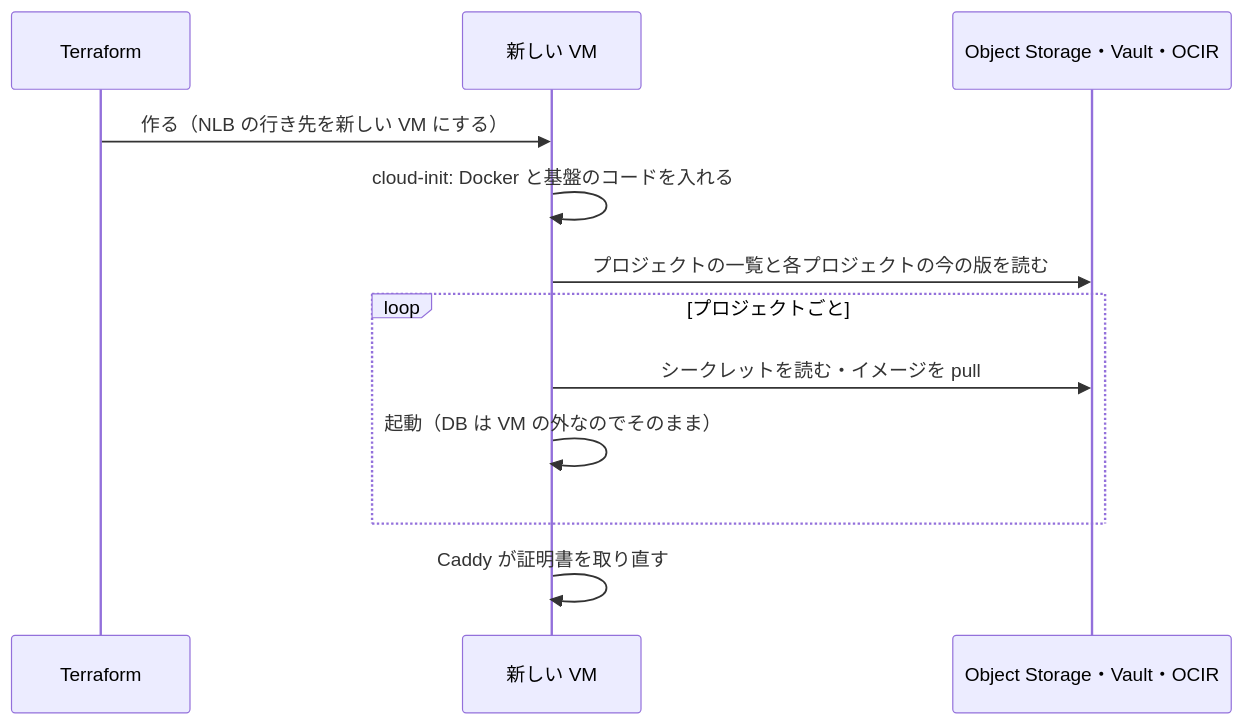
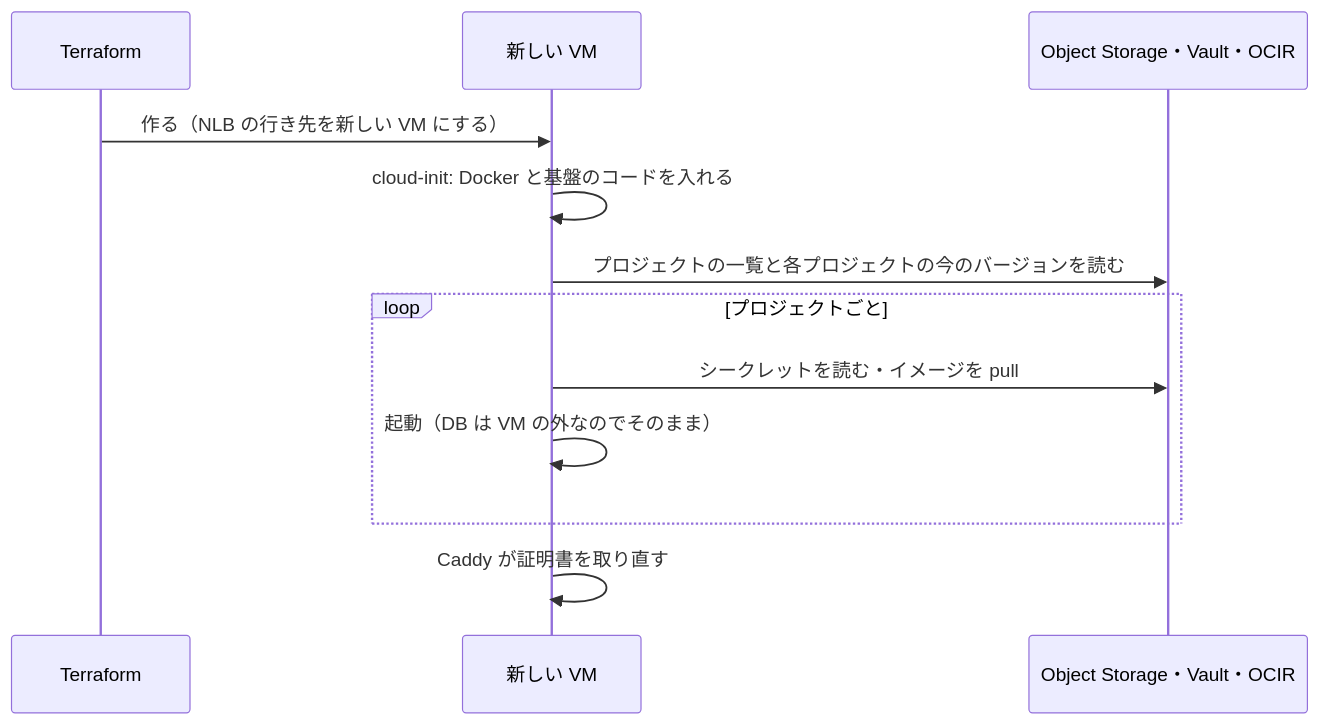
The second of 2 diagrams in docs/02_architecture.md (h-akira/AlwaysFreePlatform), drawn with Mermaid before and after one commit. The commit also changed other lines of this file and 14 other files, not shown here.

````diff
--- a/docs/02_architecture.md
+++ b/docs/02_architecture.md
@@ -125,14 +125,14 @@
 ```mermaid
 sequenceDiagram
   participant T as Terraform
   participant V as 新しい VM
   participant S as Object Storage・Vault・OCIR
   T->>V: 作る（NLB の行き先を新しい VM にする）
   V->>V: cloud-init: Docker と基盤のコードを入れる
-  V->>S: プロジェクトの一覧と各プロジェクトの今の版を読む
+  V->>S: プロジェクトの一覧と各プロジェクトの今のバージョンを読む
   loop プロジェクトごと
     V->>S: シークレットを読む・イメージを pull
     V->>V: 起動（DB は VM の外なのでそのまま）
   end
   V->>V: Caddy が証明書を取り直す
 ```
````
